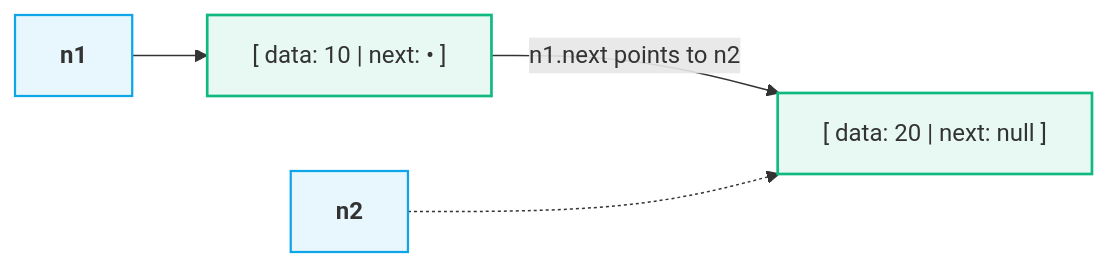
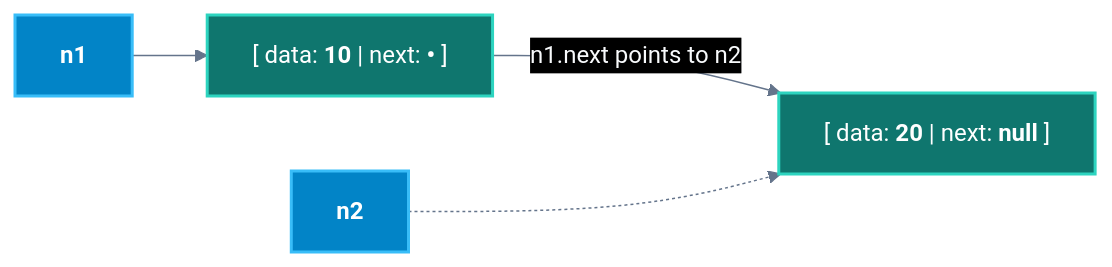
The sixth of 11 diagrams in CS/DSA/03. Linked Lists/01. Linked List Fundamentals.md (abhinavbharti2345/CS_Notes), drawn with Mermaid before and after one commit. The commit also changed other lines of this file and 195 other files, not shown here.

````diff
--- a/CS/DSA/03. Linked Lists/01. Linked List Fundamentals.md
+++ b/CS/DSA/03. Linked Lists/01. Linked List Fundamentals.md
@@ -178,11 +193,12 @@
 ```mermaid
+%%{init: {'theme': 'base', 'themeVariables': { 'darkMode': true, 'background': '#0B0F14', 'mainBkg': '#111827', 'primaryColor': '#111827', 'primaryTextColor': '#F8FAFC', 'primaryBorderColor': '#38BDF8', 'lineColor': '#64748B', 'secondaryColor': '#0B0F14', 'tertiaryColor': '#0B0F14', 'clusterBkg': '#0B0F14', 'clusterBorder': '#38BDF8' }}}%%
 flowchart LR
-    P1["<b>n1</b>"] --> B1["[ data: 10 | next: • ]"]
-    B1 -->|n1.next points to n2| B2["[ data: 20 | next: null ]"]
+    P1["<b>n1</b>"] --> B1["[ data: <b>10</b> | next: <b>•</b> ]"]
+    B1 -->|n1.next points to n2| B2["[ data: <b>20</b> | next: <b>null</b> ]"]
     P2["<b>n2</b>"] -.-> B2
 
-    classDef ptr fill:#0ea5e918,stroke:#0ea5e9,stroke-width:1.5px;
-    classDef box fill:#10b98118,stroke:#10b981,stroke-width:1.8px;
+    classDef ptr fill:#0284c7,stroke:#38bdf8,stroke-width:2px,color:#ffffff;
+    classDef box fill:#0f766e,stroke:#2dd4bf,stroke-width:2px,color:#ffffff;
     class P1,P2 ptr;
     class B1,B2 box;
 ```
````
